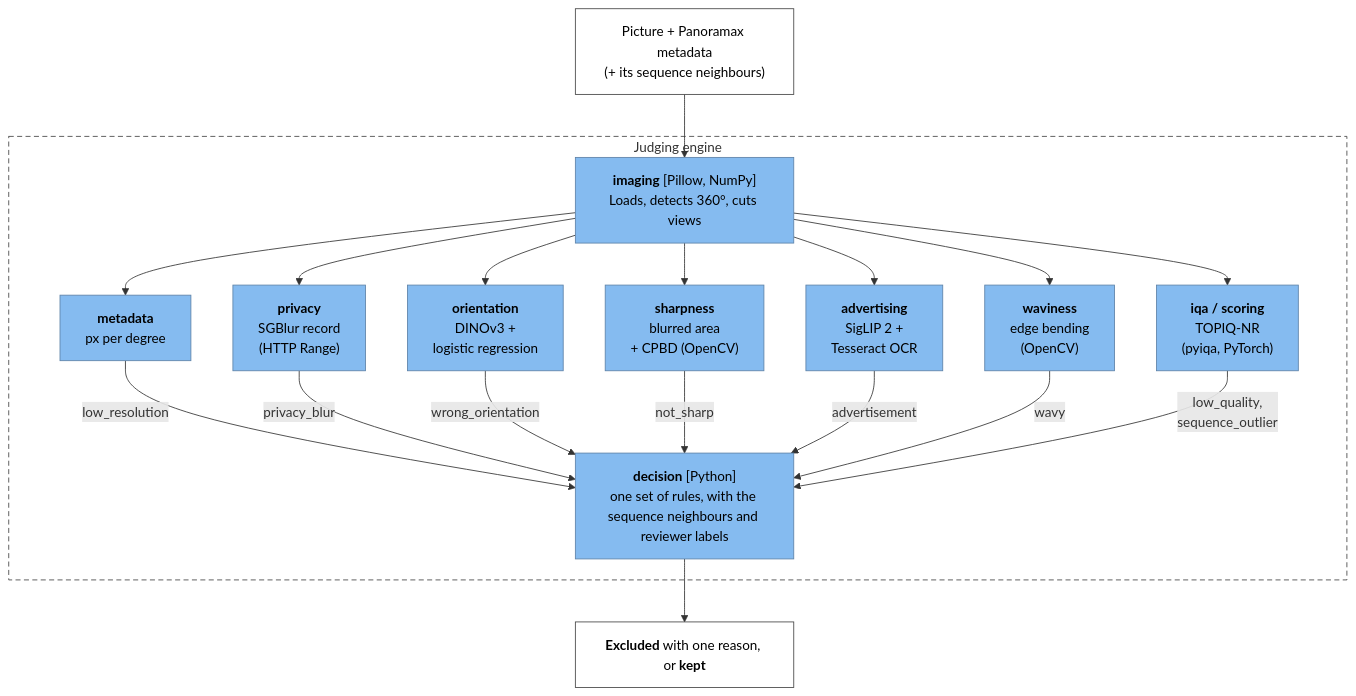
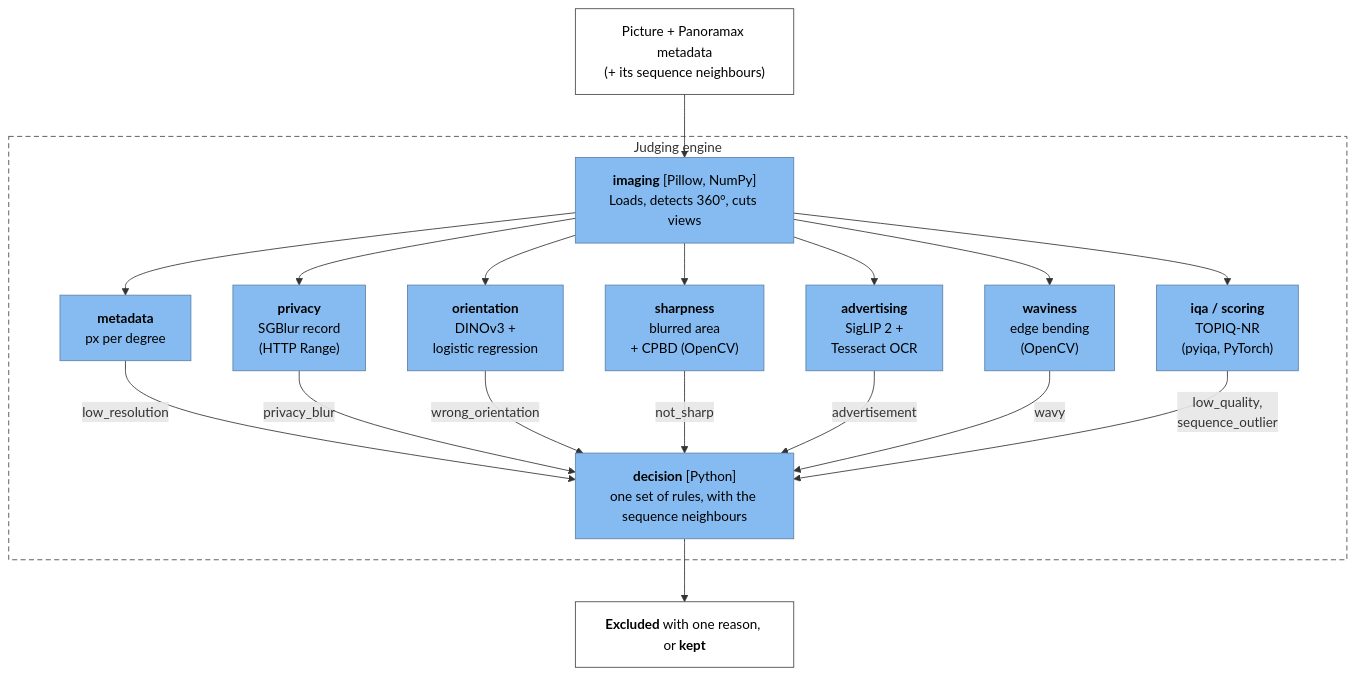
One commit to kaveOO/panomoche changed the third of 4 diagrams in docs/ARCHITECTURE.md. Above: the diagram before and after it, drawn with Mermaid. The commit also changed other lines of this file and 15 other files, not shown here.

````diff
--- a/docs/ARCHITECTURE.md
+++ b/docs/ARCHITECTURE.md
@@ -86,31 +86,31 @@
 ```mermaid
 flowchart TB
     picture["Picture + Panoramax metadata<br/>(+ its sequence neighbours)"]
     subgraph engine["Judging engine"]
         imaging["<b>imaging</b> [Pillow, NumPy]<br/>Loads, detects 360°, cuts views"]
         metadata["<b>metadata</b><br/>px per degree"]
         privacy["<b>privacy</b><br/>SGBlur record<br/>(HTTP Range)"]
         orientation["<b>orientation</b><br/>DINOv3 +<br/>logistic regression"]
         sharpness["<b>sharpness</b><br/>blurred area<br/>+ CPBD (OpenCV)"]
         advertising["<b>advertising</b><br/>SigLIP 2 +<br/>Tesseract OCR"]
         waviness["<b>waviness</b><br/>edge bending<br/>(OpenCV)"]
         iqa["<b>iqa / scoring</b><br/>TOPIQ-NR<br/>(pyiqa, PyTorch)"]
-        decision["<b>decision</b> [Python]<br/>one set of rules, with the sequence neighbours and reviewer labels"]
+        decision["<b>decision</b> [Python]<br/>one set of rules, with the sequence neighbours"]
     end
     verdict["<b>Excluded</b> with one reason, or <b>kept</b>"]
     picture --> imaging
     imaging --> metadata & privacy & orientation & sharpness & advertising & waviness & iqa
     metadata -- "low_resolution" --> decision
     privacy -- "privacy_blur" --> decision
     orientation -- "wrong_orientation" --> decision
     sharpness -- "not_sharp" --> decision
     advertising -- "advertisement" --> decision
     waviness -- "wavy" --> decision
     iqa -- "low_quality,<br/>sequence_outlier" --> decision
     decision --> verdict
     classDef component fill:#85bbf0,stroke:#5d82a8,color:#000
     classDef io fill:#ffffff,stroke:#444,color:#000
     class imaging,metadata,privacy,orientation,sharpness,advertising,waviness,iqa,decision component
     class picture,verdict io
     style engine fill:none,stroke:#444,stroke-dasharray:6 4
 ```
````
